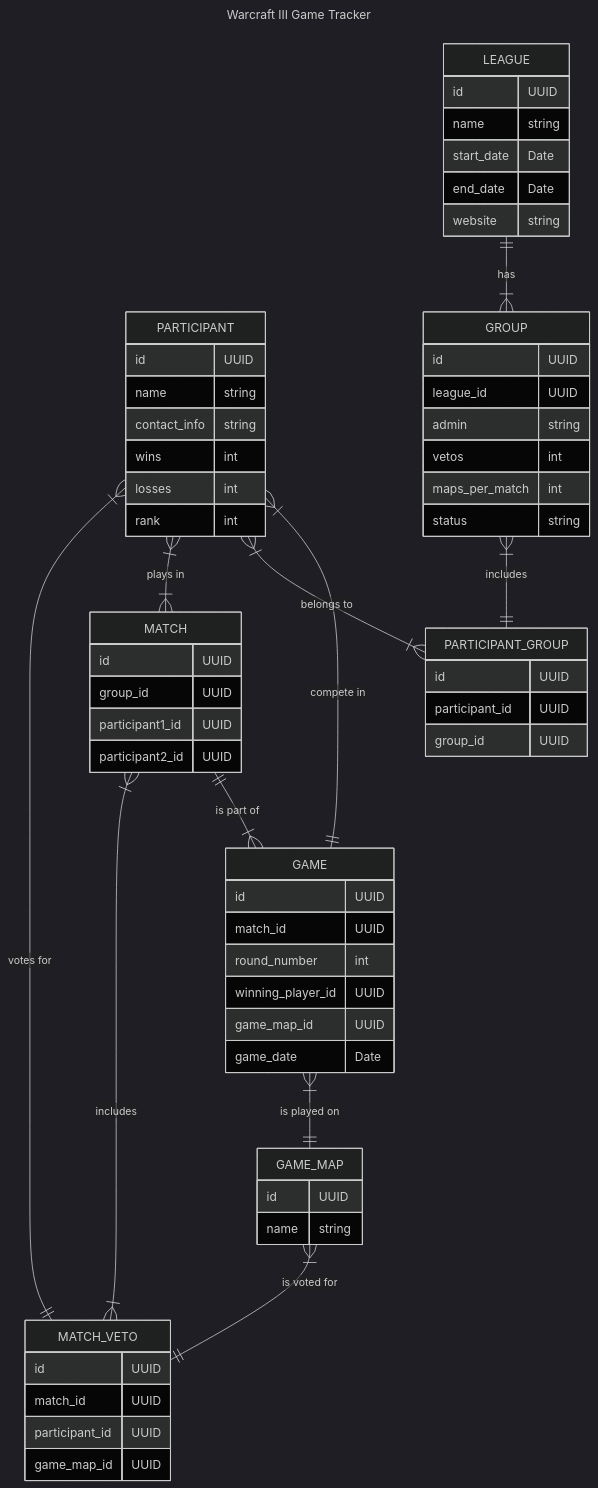
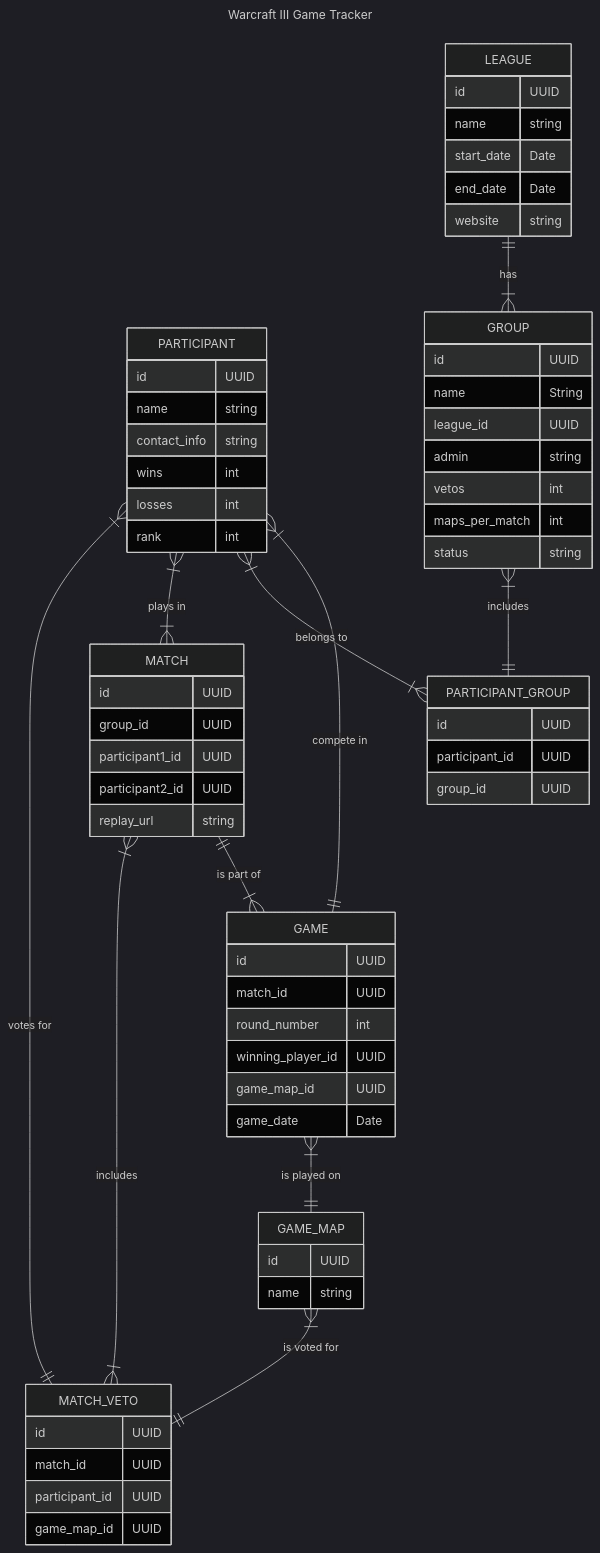
One commit to md-weber/wc3_game_tracker_server changed the diagram in docs/db.mmd. Above: the diagram before and after it, drawn with Mermaid (dark theme). The commit also changed 2 other files, not shown here.

Commit message:
💿 [Database] Improved our Database schema to handle replayes in matches and give groups a name

```diff
--- a/docs/db.mmd
+++ b/docs/db.mmd
@@ -1,66 +1,68 @@
 ---
 title: Warcraft III Game Tracker
 ---
 erDiagram
     LEAGUE {
         id UUID
         name string
         start_date Date
         end_date Date
         website string
     }
     PARTICIPANT {
         id UUID
         name string
         contact_info string
         wins int
         losses int
         rank int
     }
     MATCH {
         id UUID
         group_id UUID
         participant1_id UUID
         participant2_id UUID
+        replay_url string
     }
     MATCH_VETO {
         id UUID
         match_id UUID
         participant_id UUID
         game_map_id UUID
     }
     GAME {
         id UUID
         match_id UUID
         round_number int
         winning_player_id UUID
         game_map_id UUID
         game_date Date
     }
     GROUP {
         id UUID
+        name String
         league_id UUID
         admin string
         vetos int
         maps_per_match int
         status string
     }
     GAME_MAP {
         id UUID
         name string
     }
     PARTICIPANT_GROUP {
         id UUID
         participant_id UUID
         group_id UUID
     }
     PARTICIPANT }|--|| GAME: "compete in"
     PARTICIPANT }|--|{ PARTICIPANT_GROUP: "belongs to"
     GROUP }|--|| PARTICIPANT_GROUP: "includes"
     PARTICIPANT }|--|{ MATCH: "plays in"
     MATCH ||--|{ GAME: "is part of"
     GAME }|--|| GAME_MAP: "is played on"
     MATCH }|--|{ MATCH_VETO: "includes"
     PARTICIPANT }|--|| MATCH_VETO: "votes for"
     GAME_MAP }|--|| MATCH_VETO: "is voted for"
     LEAGUE ||--|{ GROUP: "has"
```
